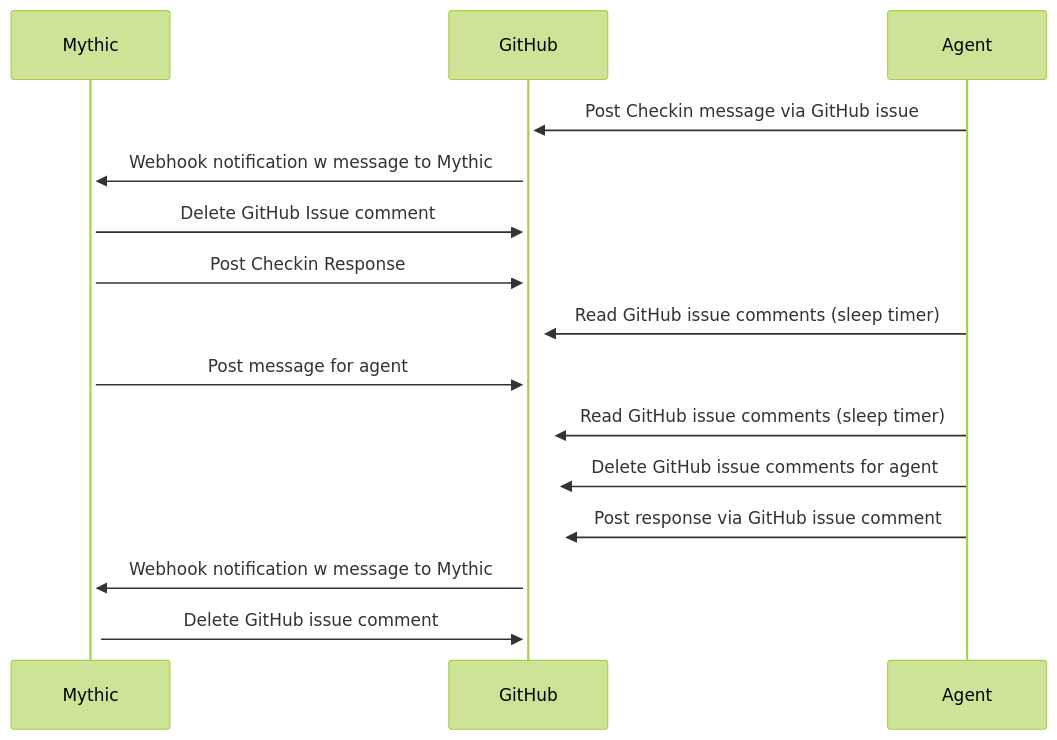
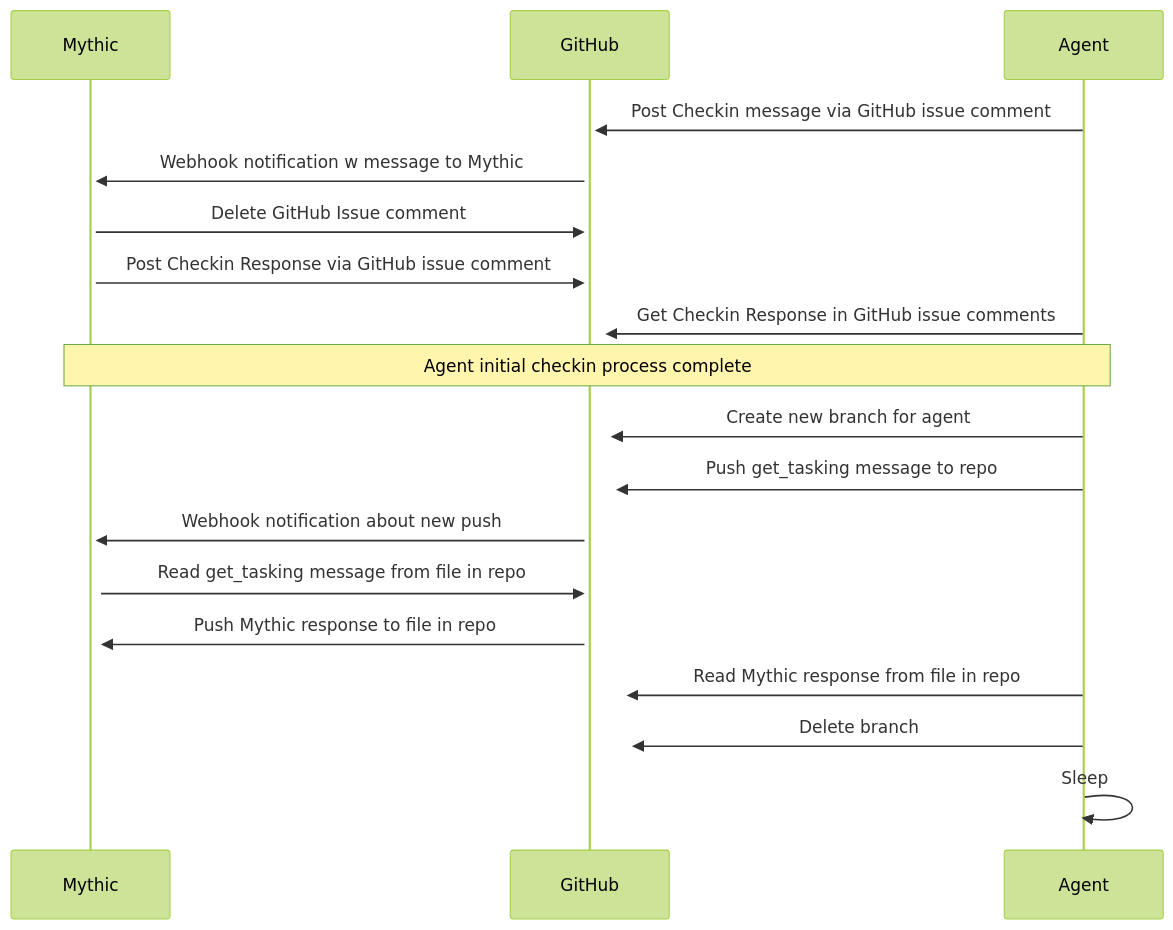
Before and after one commit to scottctaylor12/github: the diagram in documentation-c2/github/_index.md, drawn with Mermaid (forest theme). The commit also changed other lines of this file and 2 other files, not shown here.

````diff
--- a/documentation-c2/github/_index.md
+++ b/documentation-c2/github/_index.md
@@ -24,17 +24,20 @@
 ```mermaid
 sequenceDiagram
     participant M as Mythic
     participant G as GitHub
     participant A as Agent
-    A ->>+ G: Post Checkin message via GitHub issue
+    A ->>+ G: Post Checkin message via GitHub issue comment
     G ->>+ M: Webhook notification w message to Mythic
     M ->>+ G: Delete GitHub Issue comment
-    M ->>+ G: Post Checkin Response
-    A ->>+ G: Read GitHub issue comments (sleep timer)
-    M ->>+ G: Post message for agent
-    A ->>+ G: Read GitHub issue comments (sleep timer)
-    A ->>+ G: Delete GitHub issue comments for agent
-    A ->>+ G: Post response via GitHub issue comment
-    G ->>+ M: Webhook notification w message to Mythic
-    M ->>+ G: Delete GitHub issue comment
+    M ->>+ G: Post Checkin Response via GitHub issue comment
+    A ->>+ G: Get Checkin Response in GitHub issue comments
+    Note over M,A: Agent initial checkin process complete
+    A ->>+ G: Create new branch for agent
+    A ->>+ G: Push get_tasking message to repo
+    G ->>+ M: Webhook notification about new push
+    M ->>+ G: Read get_tasking message from file in repo
+    G ->>+ M: Push Mythic response to file in repo
+    A ->>+ G: Read Mythic response from file in repo
+    A ->>+ G: Delete branch
+    A ->>+ A: Sleep
 ```
````
